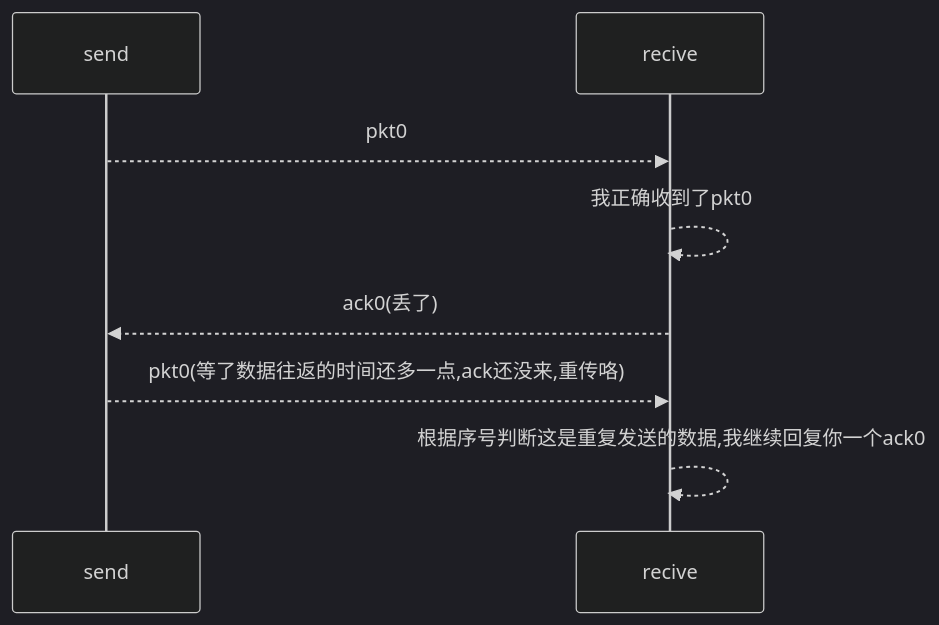
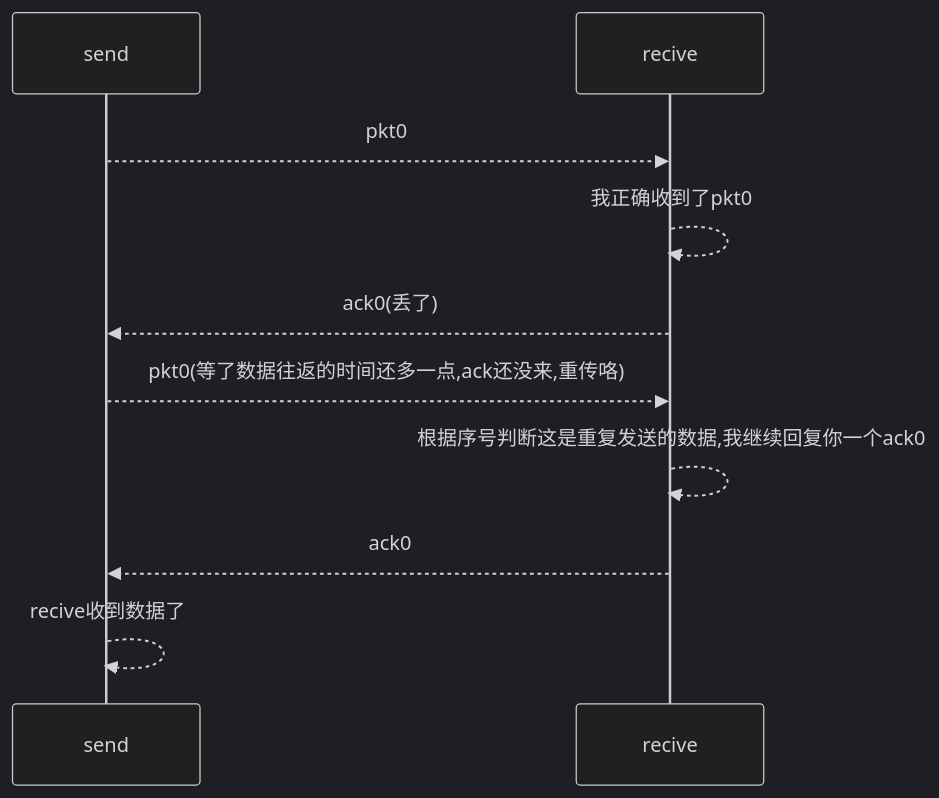
Before and after one commit to csliujw/CodeNotes: the seventh of 14 diagrams in CS Course/计算机网络-自顶向下方法.md, drawn with Mermaid (dark theme). The commit also changed other lines of this file and 6 other files, not shown here.

````diff
--- a/CS Course/计算机网络-自顶向下方法.md
+++ b/CS Course/计算机网络-自顶向下方法.md
@@ -156,10 +461,12 @@
 ```mermaid
 sequenceDiagram
 participant s as send
 participant r as recive
 s-->>r:pkt0
 r-->>r:我正确收到了pkt0
 r-->>s:ack0(丢了)
 s-->>r:pkt0(等了数据往返的时间还多一点,ack还没来,重传咯)
 r-->>r:根据序号判断这是重复发送的数据,我继续回复你一个ack0
+r-->>s:ack0
+s-->>s:recive收到数据了
 ```
````
